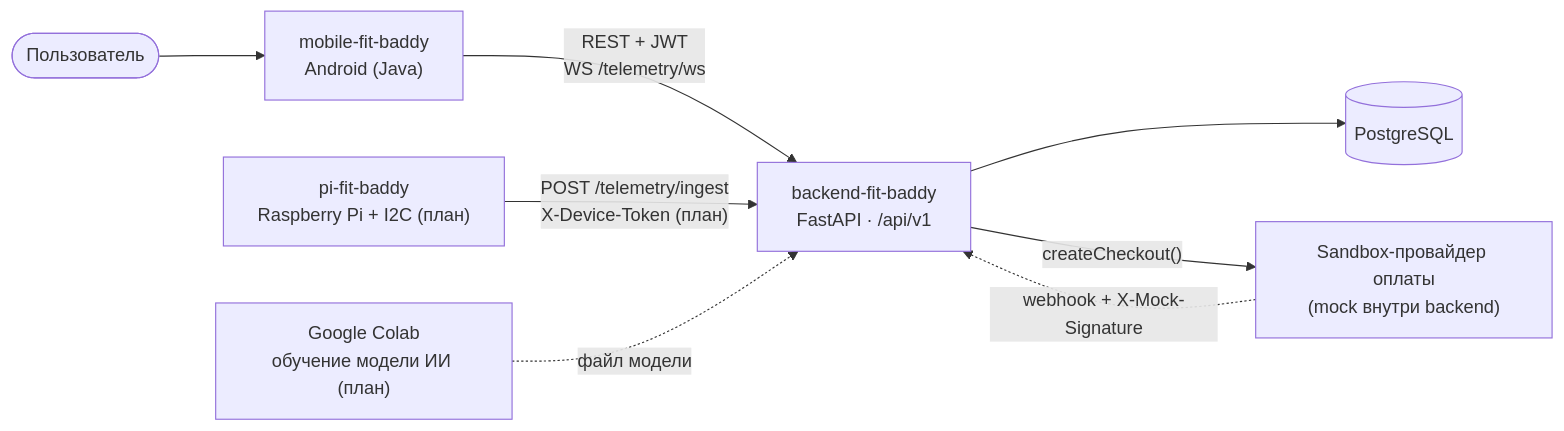
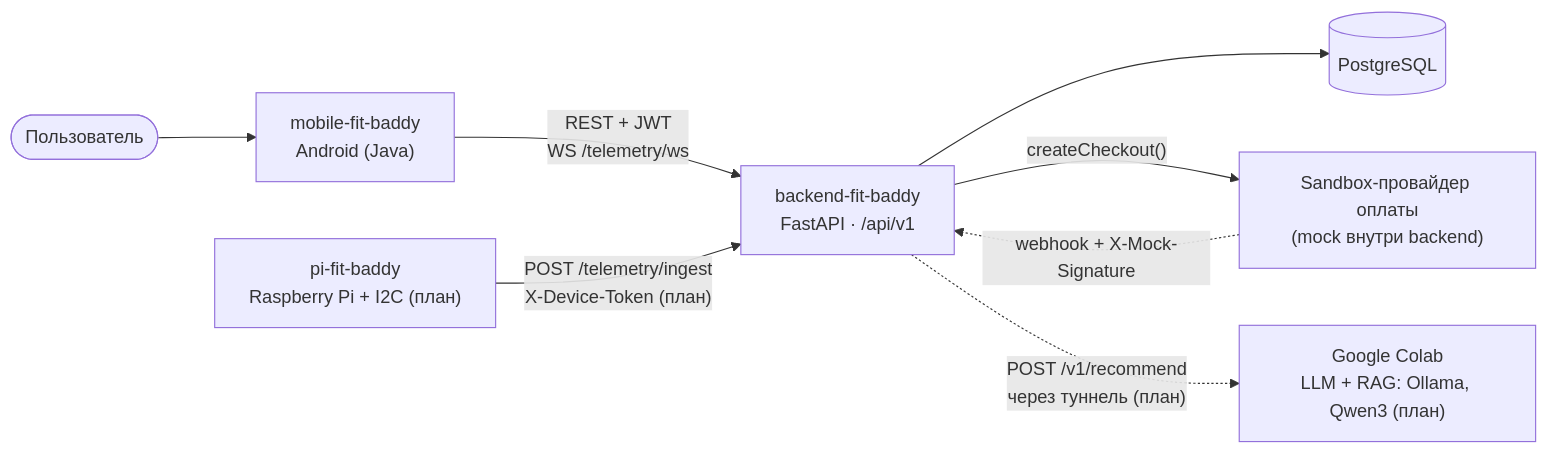
One commit to SonyAkb/FitnessApp changed the first of 6 diagrams in docs/ARCHITECTURE.md. Above: the diagram before and after it, drawn with Mermaid. The commit also changed other lines of this file and 13 other files, not shown here.

````diff
--- a/docs/ARCHITECTURE.md
+++ b/docs/ARCHITECTURE.md
@@ -27,18 +27,18 @@
 ```mermaid
 flowchart LR
   User(["Пользователь"])
   App["mobile-fit-baddy<br/>Android (Java)"]
   BE["backend-fit-baddy<br/>FastAPI · /api/v1"]
   DB[("PostgreSQL")]
   Pi["pi-fit-baddy<br/>Raspberry Pi + I2C (план)"]
   Pay["Sandbox-провайдер оплаты<br/>(mock внутри backend)"]
-  Colab["Google Colab<br/>обучение модели ИИ (план)"]
+  Colab["Google Colab<br/>LLM + RAG: Ollama, Qwen3 (план)"]
 
   User --> App
   App -- "REST + JWT<br/>WS /telemetry/ws" --> BE
   BE --> DB
   Pi -- "POST /telemetry/ingest<br/>X-Device-Token (план)" --> BE
   BE -- "createCheckout()" --> Pay
   Pay -. "webhook + X-Mock-Signature" .-> BE
-  Colab -. "файл модели" .-> BE
+  BE -. "POST /v1/recommend<br/>через туннель (план)" .-> Colab
 ```
````
